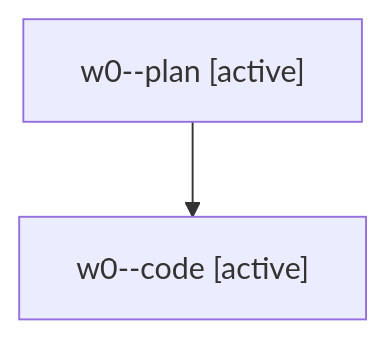
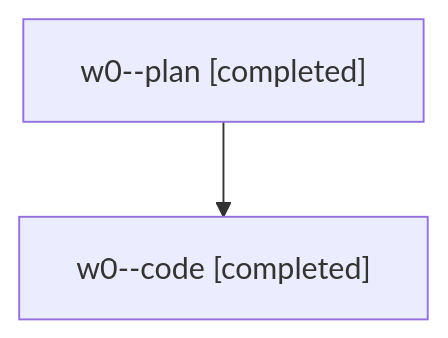
The diagram in families/bbugyi200.athena.w0.md (sase-org/sase--agents), drawn with Mermaid before and after one commit. The commit also changed other lines of this file and 1506 other files, not shown here.

````diff
--- a/families/bbugyi200.athena.w0.md
+++ b/families/bbugyi200.athena.w0.md
@@ -9,6 +9,6 @@
 ```mermaid
 flowchart TD
-  n0["w0--plan [active]"]
-  n1["w0--code [active]"]
+  n0["w0--plan [completed]"]
+  n1["w0--code [completed]"]
   n0 --> n1
 ```
````
